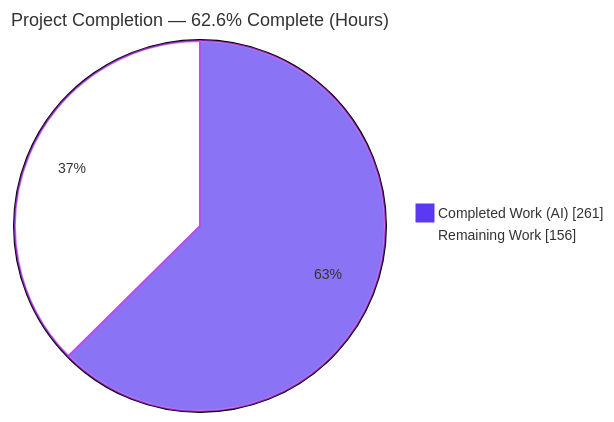
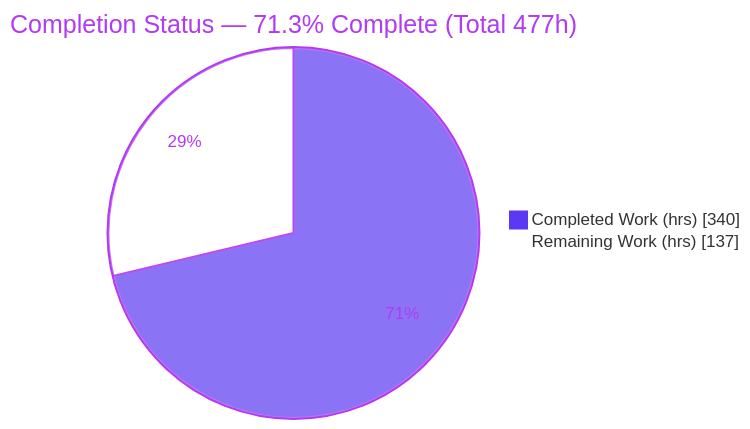
The first of 4 diagrams in blitzy/documentation/Project Guide.md (Blitzy-Sandbox/blitzy-wordpress), drawn with Mermaid before and after one commit. The commit also changed other lines of this file, not shown here.

Commit message:
Adding Blitzy Project Guide: Project Status and Human Tasks Remaining

````diff
--- a/blitzy/documentation/Project Guide.md
+++ b/blitzy/documentation/Project Guide.md
@@ -15,6 +18,6 @@
 ```mermaid
-%%{init: {"theme":"base","themeVariables":{"pie1":"#5B39F3","pie2":"#FFFFFF","pieStrokeColor":"#B23AF2","pieStrokeWidth":"2px","pieOuterStrokeWidth":"2px","pieTitleTextSize":"18px","pieSectionTextSize":"14px","pieLegendTextSize":"14px"}}}%%
-pie showData title Project Completion — 62.6% Complete (Hours)
-    "Completed Work (AI)" : 261
-    "Remaining Work" : 156
+%%{init: {'theme':'base', 'themeVariables': {'pie1':'#5B39F3','pie2':'#FFFFFF','pieStrokeColor':'#B23AF2','pieOuterStrokeColor':'#B23AF2','pieStrokeWidth':'2px','pieOuterStrokeWidth':'2px','pieSectionTextColor':'#B23AF2','pieTitleTextColor':'#B23AF2','pieLegendTextColor':'#333333'}}}%%
+pie showData title Completion Status — 71.3% Complete (Total 477h)
+    "Completed Work (hrs)" : 340
+    "Remaining Work (hrs)" : 137
 ```
````
